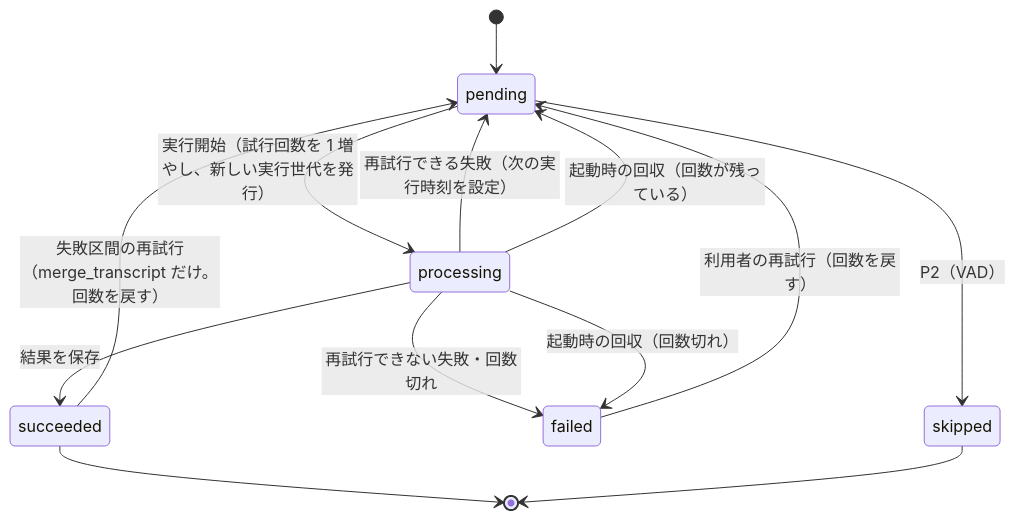
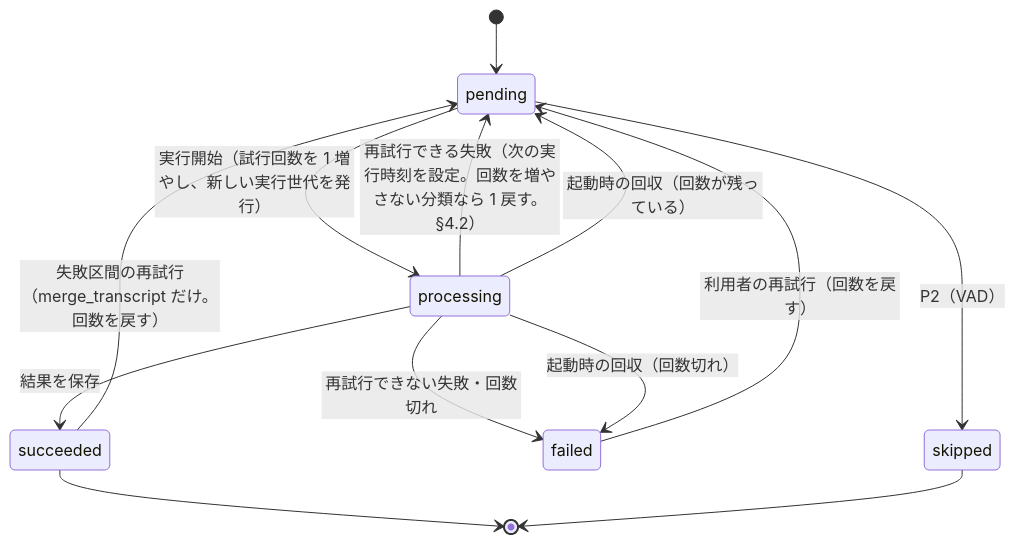
The second of 2 diagrams in docs/02-basic-design/transcription.md (myoshi2891/Minutes-Mobile), drawn with Mermaid before and after one commit. The commit also changed other lines of this file and 3 other files, not shown here.

````diff
--- a/docs/02-basic-design/transcription.md
+++ b/docs/02-basic-design/transcription.md
@@ -112,15 +114,15 @@
 ```mermaid
 stateDiagram-v2
     [*] --> pending
     pending --> processing: 実行開始（試行回数を 1 増やし、新しい実行世代を発行）
     processing --> succeeded: 結果を保存
-    processing --> pending: 再試行できる失敗（次の実行時刻を設定）
+    processing --> pending: 再試行できる失敗（次の実行時刻を設定。回数を増やさない分類なら 1 戻す。§4.2）
     processing --> failed: 再試行できない失敗・回数切れ
     processing --> pending: 起動時の回収（回数が残っている）
     processing --> failed: 起動時の回収（回数切れ）
     failed --> pending: 利用者の再試行（回数を戻す）
     succeeded --> pending: 失敗区間の再試行（merge_transcript だけ。回数を戻す）
     pending --> skipped: P2（VAD）
     succeeded --> [*]
     skipped --> [*]
 ```
````
